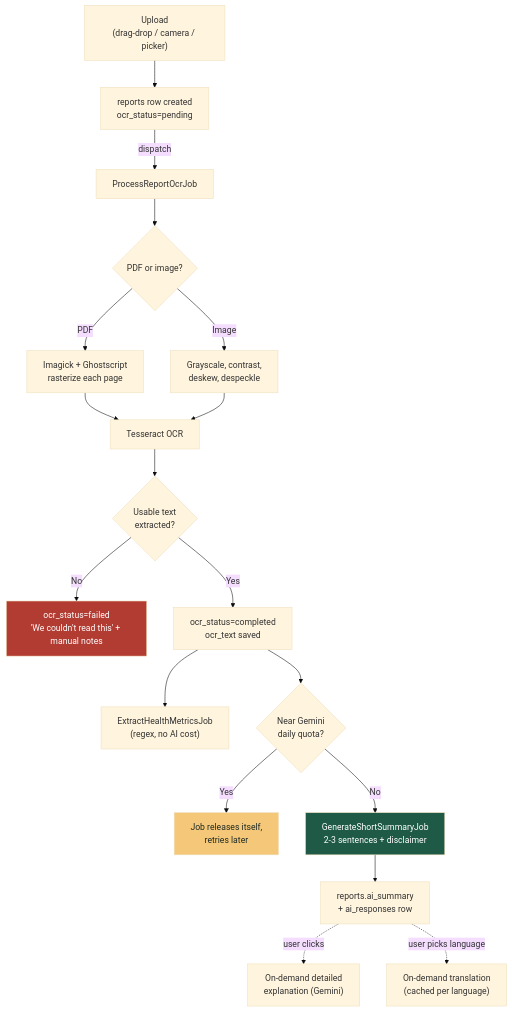
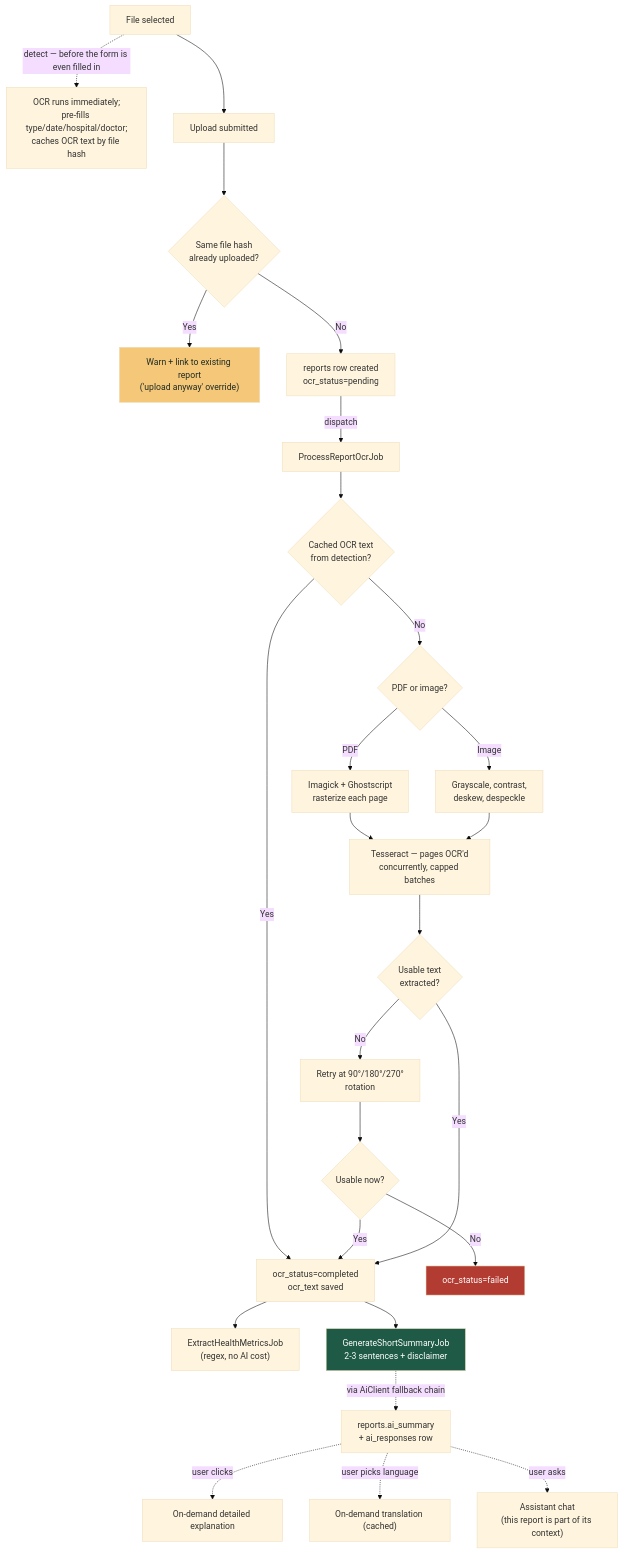
Before and after one commit to neevmodh/NivayaLife: the third of 7 diagrams in README.md, drawn with Mermaid (base theme). The commit also changed other lines of this file and 1 other file, not shown here.

First line of the commit message:
Bring README fully up to date and add a full PDF technical doc

````diff
--- a/README.md
+++ b/README.md
@@ -201,25 +218,34 @@
 ```mermaid
 flowchart TD
-    U["Upload\n(drag-drop / camera / picker)"] --> R["reports row created\nocr_status=pending"]
+    Select["File selected"] -.->|"detect — before the form is even filled in"| Detect["OCR runs immediately;\npre-fills type/date/hospital/doctor;\ncaches OCR text by file hash"]
+
+    Select --> Submit["Upload submitted"]
+    Submit --> Dup{"Same file hash\nalready uploaded?"}
+    Dup -->|Yes| Warn["Warn + link to existing report\n('upload anyway' override)"]
+    Dup -->|No| R["reports row created\nocr_status=pending"]
     R -->|dispatch| OCR["ProcessReportOcrJob"]
-    OCR --> Type{"PDF or image?"}
+    OCR --> CacheHit{"Cached OCR text\nfrom detection?"}
+    CacheHit -->|Yes| Done
+    CacheHit -->|No| Type{"PDF or image?"}
     Type -->|PDF| Raster["Imagick + Ghostscript\nrasterize each page"]
     Type -->|Image| Prep["Grayscale, contrast,\ndeskew, despeckle"]
-    Raster --> Tess["Tesseract OCR"]
+    Raster --> Tess["Tesseract — pages OCR'd\nconcurrently, capped batches"]
     Prep --> Tess
     Tess --> Usable{"Usable text\nextracted?"}
-    Usable -->|No| Failed["ocr_status=failed\n'We couldn't read this' + manual notes"]
+    Usable -->|No| Retry["Retry at 90°/180°/270°\nrotation"]
+    Retry --> Usable2{"Usable now?"}
+    Usable2 -->|No| Failed["ocr_status=failed"]
+    Usable2 -->|Yes| Done
     Usable -->|Yes| Done["ocr_status=completed\nocr_text saved"]
     Done --> Metrics["ExtractHealthMetricsJob\n(regex, no AI cost)"]
-    Done --> Quota{"Near Gemini\ndaily quota?"}
-    Quota -->|Yes| Delay["Job releases itself,\nretries later"]
-    Quota -->|No| Summary["GenerateShortSummaryJob\n2-3 sentences + disclaimer"]
-    Summary --> Cache["reports.ai_summary\n+ ai_responses row"]
+    Done --> Summary["GenerateShortSummaryJob\n2-3 sentences + disclaimer"]
+    Summary -.->|via AiClient fallback chain| Cache["reports.ai_summary\n+ ai_responses row"]
 
-    Cache -.->|user clicks| Detail["On-demand detailed\nexplanation (Gemini)"]
-    Cache -.->|user picks language| Translate["On-demand translation\n(cached per language)"]
+    Cache -.->|user clicks| Detail["On-demand detailed explanation"]
+    Cache -.->|user picks language| Translate["On-demand translation (cached)"]
+    Cache -.->|user asks| Chat["Assistant chat\n(this report is part of its context)"]
 
     style Summary fill:#1E5A45,color:#fff
     style Failed fill:#B23B32,color:#fff
-    style Delay fill:#F5C879,color:#1F2A24
+    style Warn fill:#F5C879,color:#1F2A24
 ```
````
